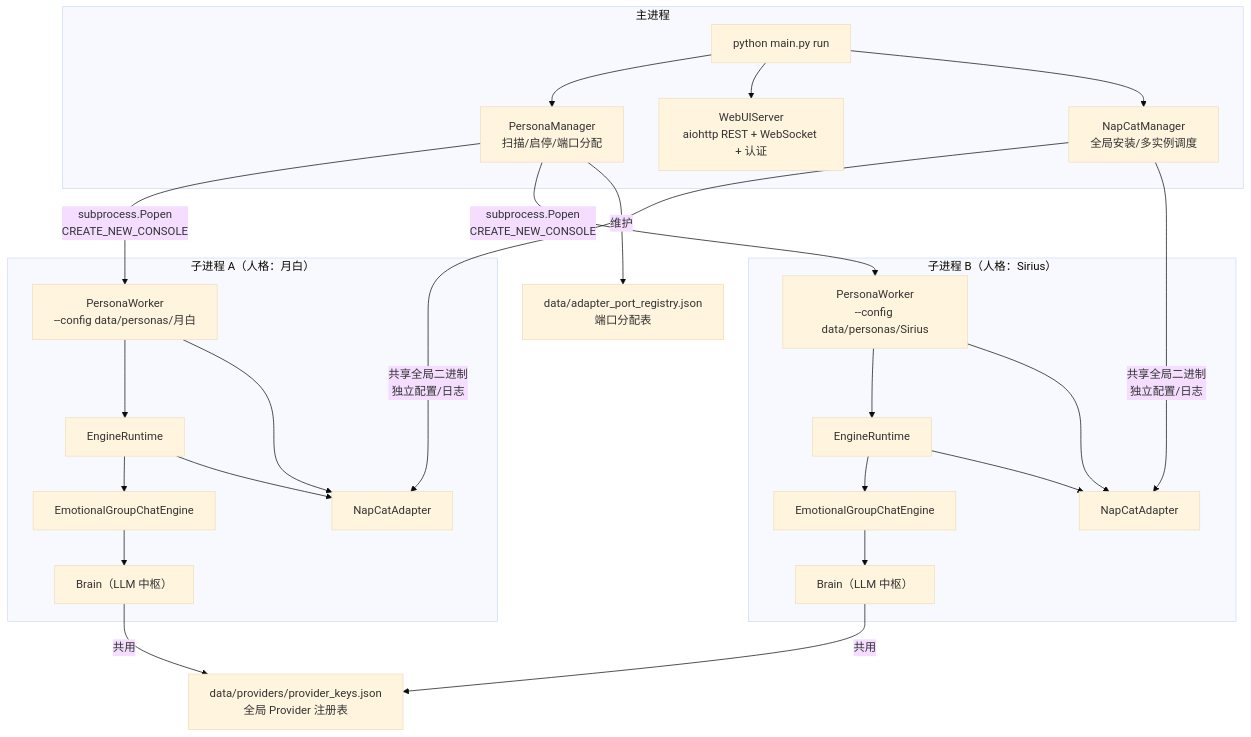
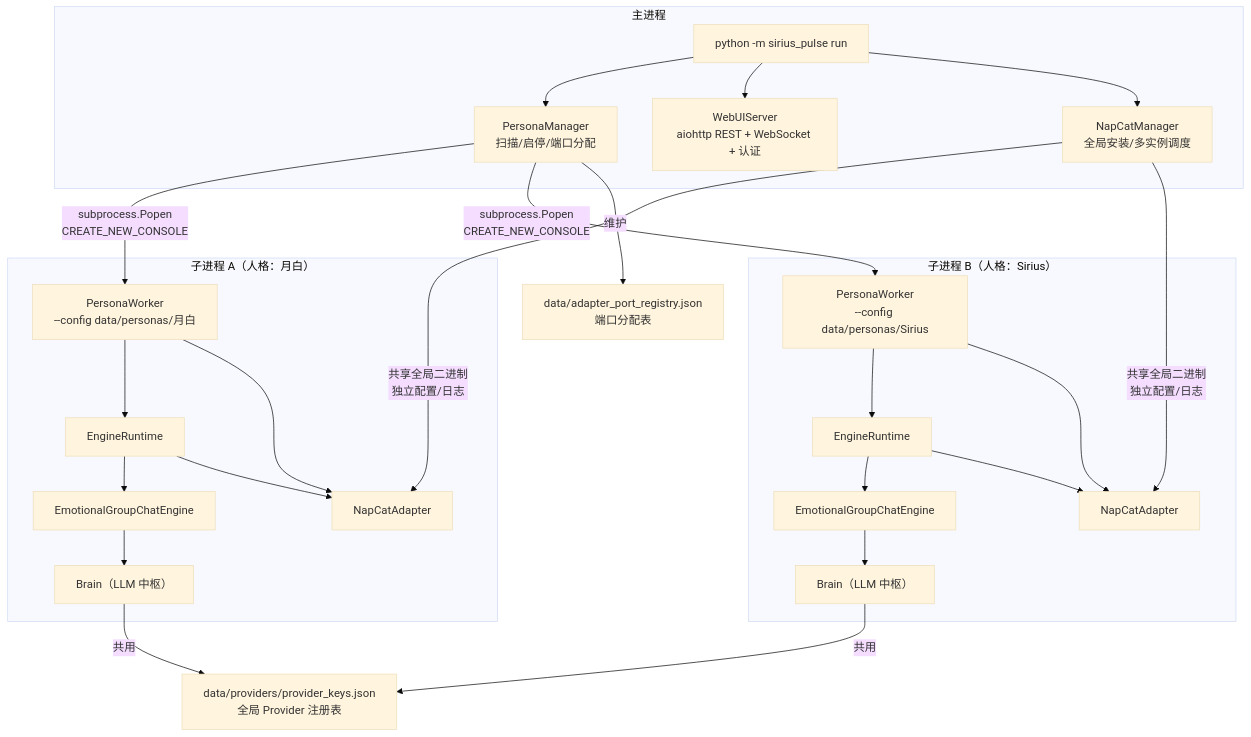
One commit to LiveSirius/SiriusPulse-Docs changed the first of 12 diagrams in guide/architecture-overview.md. Above: the diagram before and after it, drawn with Mermaid (base theme). The commit also changed other lines of this file and 2 other files, not shown here.

````diff
--- a/guide/architecture-overview.md
+++ b/guide/architecture-overview.md
@@ -17,46 +17,46 @@
 ```mermaid
 flowchart TD
     subgraph MainProcess["主进程"]
-        CLI["python main.py run"]
+        CLI["python -m sirius_pulse run"]
         PM["PersonaManager<br/>扫描/启停/端口分配"]
         WebUI["WebUIServer<br/>aiohttp REST + WebSocket + 认证"]
         NM["NapCatManager<br/>全局安装/多实例调度"]
     end
 
     CLI --> PM
     CLI --> WebUI
     CLI --> NM
 
     subgraph PersonaA["子进程 A（人格：月白）"]
         PWA["PersonaWorker<br/>--config data/personas/月白"]
         RTA["EngineRuntime"]
         EngineA["EmotionalGroupChatEngine"]
         BrainA["Brain（LLM 中枢）"]
         AdapterA["NapCatAdapter"]
         PWA --> RTA --> EngineA
         PWA --> AdapterA
         RTA --> AdapterA
         EngineA --> BrainA
     end
 
     subgraph PersonaB["子进程 B（人格：Sirius）"]
         PWB["PersonaWorker<br/>--config data/personas/Sirius"]
         RTB["EngineRuntime"]
         EngineB["EmotionalGroupChatEngine"]
         BrainB["Brain（LLM 中枢）"]
         AdapterB["NapCatAdapter"]
         PWB --> RTB --> EngineB
         PWB --> AdapterB
         RTB --> AdapterB
         EngineB --> BrainB
     end
 
     PM -->|"subprocess.Popen<br/>CREATE_NEW_CONSOLE"| PWA
     PM -->|"subprocess.Popen<br/>CREATE_NEW_CONSOLE"| PWB
     NM -->|"共享全局二进制<br/>独立配置/日志"| AdapterA
     NM -->|"共享全局二进制<br/>独立配置/日志"| AdapterB
 
     PM -->|"维护"| Registry["data/adapter_port_registry.json<br/>端口分配表"]
     BrainA -->|"共用"| Providers["data/providers/provider_keys.json<br/>全局 Provider 注册表"]
     BrainB -->|"共用"| Providers
 ```
````
